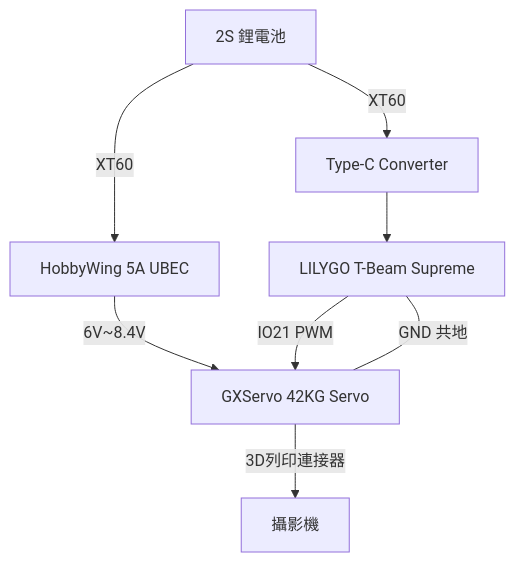
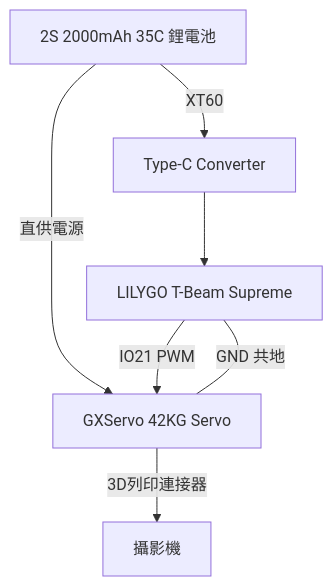
The diagram in docs/hardware.md (n8886919/Shore-Spotter), drawn with Mermaid before and after one commit. The commit also changed other lines of this file and 50 other files, not shown here.

````diff
--- a/docs/hardware.md
+++ b/docs/hardware.md
@@ -330,13 +202,12 @@
 ```mermaid
 flowchart TD
-    B[2S 鋰電池<br/>]
+    B[2S 2000mAh 35C 鋰電池]
 
-    B -->|XT60| U[HobbyWing 5A UBEC]
     B -->|XT60| C[Type-C Converter]
-    U -->|6V~8.4V| S[GXServo 42KG Servo]
+    B -->|直供電源| S[GXServo 42KG Servo]
     C --> T[LILYGO T-Beam Supreme]
     T -->|IO21 PWM| S
     T ---|GND 共地| S
     S -->|3D列印連接器| A[攝影機]
 
 ```
````
